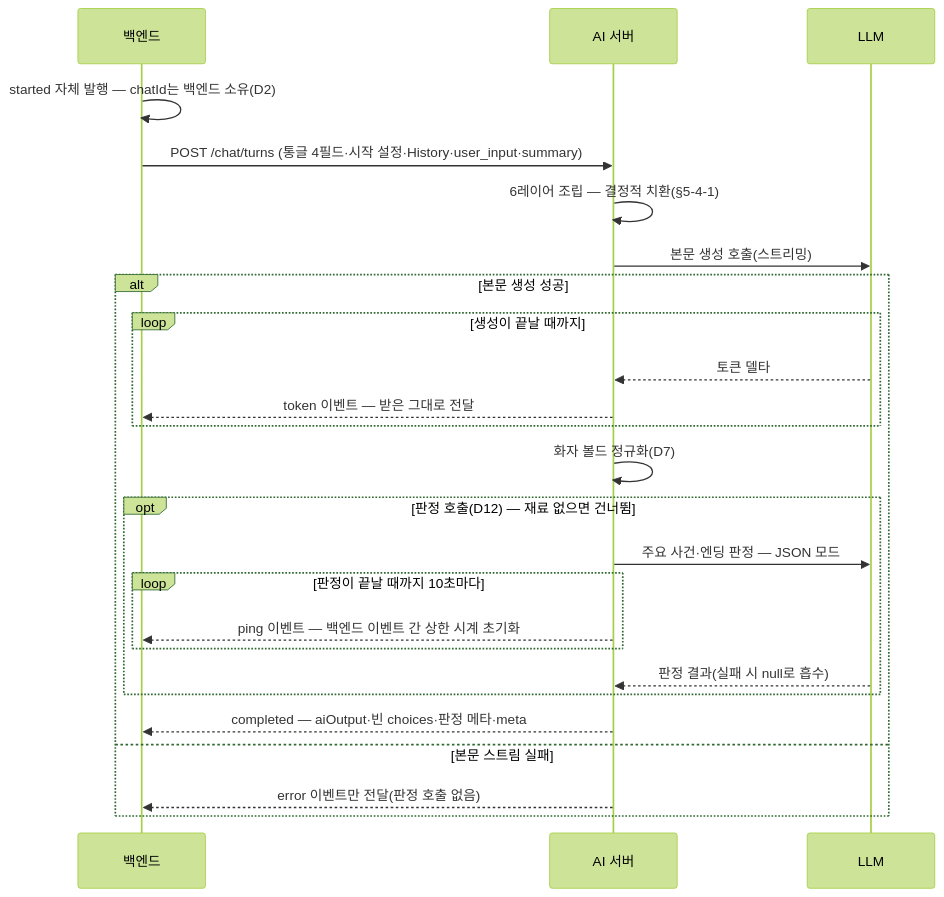
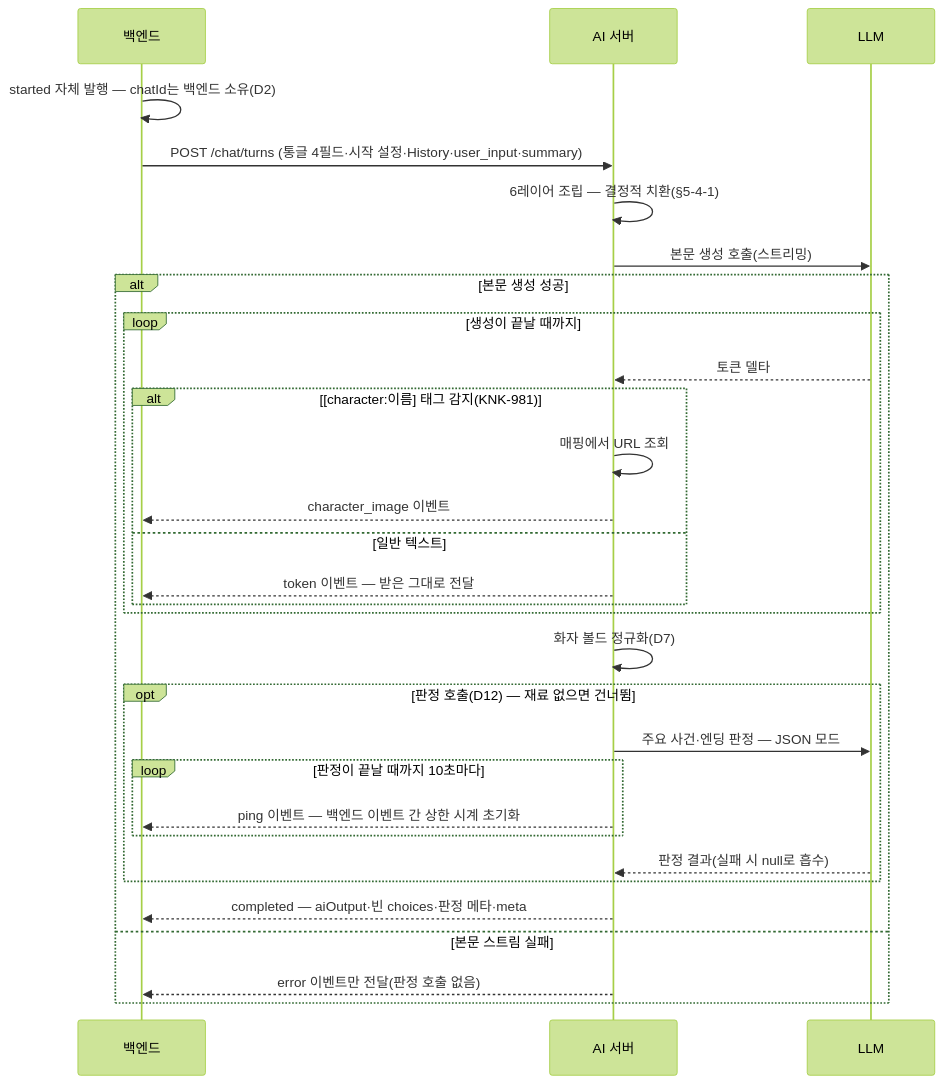
The fourth of 8 diagrams in docs/product-specs/5-ai-server.md (KIM-N-KANG/knk-harness), drawn with Mermaid (forest theme) before and after one commit. The commit also changed other lines of this file and 1 other file, not shown here.

First line of the commit message:
[KNK-981] Docs: 채팅 인물 이미지 태그 치환 방식 명세 반영 (#127)

````diff
--- a/docs/product-specs/5-ai-server.md
+++ b/docs/product-specs/5-ai-server.md
@@ -567,28 +569,33 @@
 ```mermaid
 sequenceDiagram
     participant BE as 백엔드
     participant AI as AI 서버
     participant LLM as LLM
 
     BE->>BE: started 자체 발행 — chatId는 백엔드 소유(D2)
     BE->>AI: POST /chat/turns (통글 4필드·시작 설정·History·user_input·summary)
     AI->>AI: 6레이어 조립 — 결정적 치환(§5-4-1)
     AI->>LLM: 본문 생성 호출(스트리밍)
     alt 본문 생성 성공
         loop 생성이 끝날 때까지
             LLM-->>AI: 토큰 델타
-            AI-->>BE: token 이벤트 — 받은 그대로 전달
+            alt [character:이름] 태그 감지(KNK-981)
+                AI->>AI: 매핑에서 URL 조회
+                AI-->>BE: character_image 이벤트
+            else 일반 텍스트
+                AI-->>BE: token 이벤트 — 받은 그대로 전달
+            end
         end
         AI->>AI: 화자 볼드 정규화(D7)
         opt 판정 호출(D12) — 재료 없으면 건너뜀
             AI->>LLM: 주요 사건·엔딩 판정 — JSON 모드
             loop 판정이 끝날 때까지 10초마다
                 AI-->>BE: ping 이벤트 — 백엔드 이벤트 간 상한 시계 초기화
             end
             LLM-->>AI: 판정 결과(실패 시 null로 흡수)
         end
         AI-->>BE: completed — aiOutput·빈 choices·판정 메타·meta
     else 본문 스트림 실패
         AI-->>BE: error 이벤트만 전달(판정 호출 없음)
     end
 ```
````
